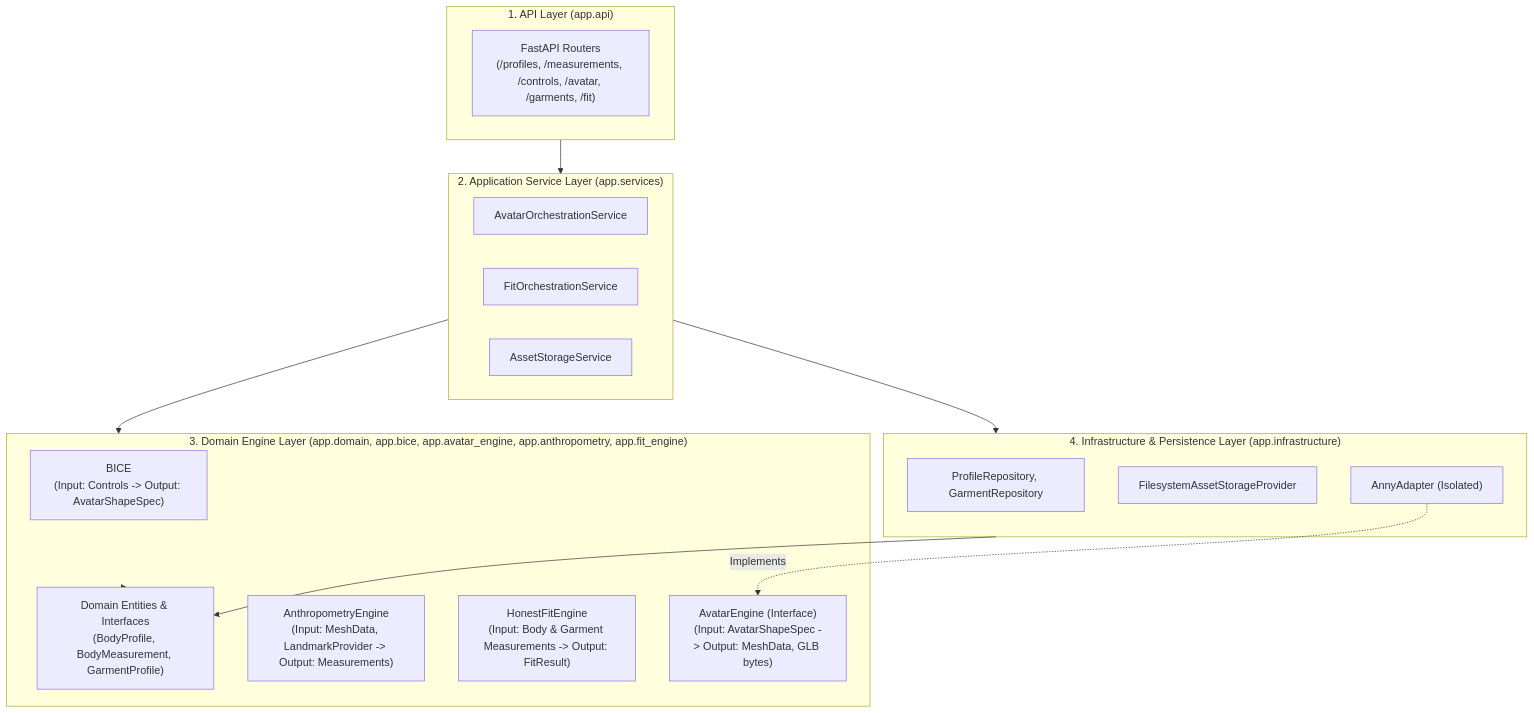
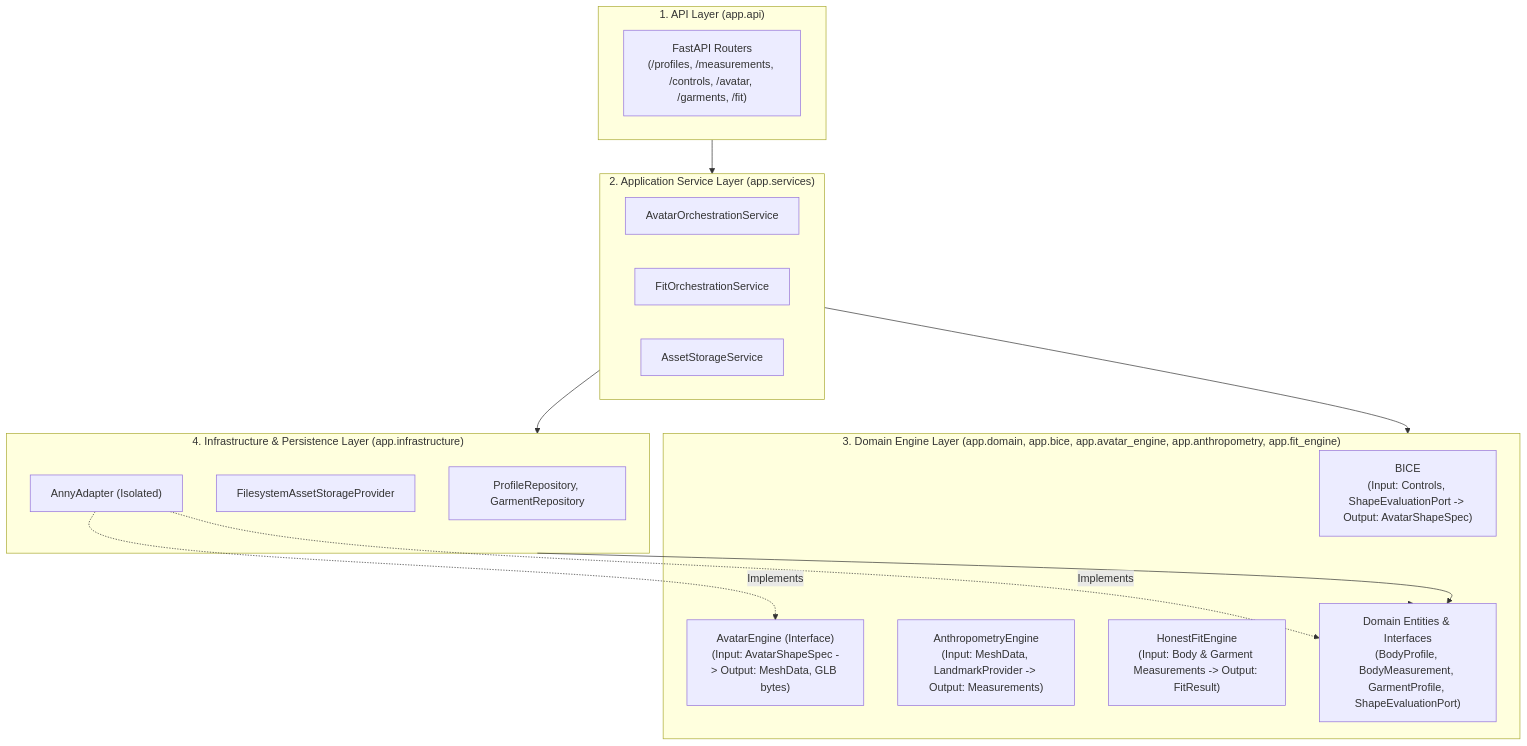
Before and after one commit to SnehaSwarnkar/WearWise: the second of 4 diagrams in WEARWISE-BODY-ENGINE/docs/architecture/SYSTEM_ARCHITECTURE.md, drawn with Mermaid. The commit also changed other lines of this file, not shown here.

Commit message:
docs(architecture): update SYSTEM_ARCHITECTURE.md with ShapeEvaluationPort and package structure (Rev 1.2)

````diff
--- a/WEARWISE-BODY-ENGINE/docs/architecture/SYSTEM_ARCHITECTURE.md
+++ b/WEARWISE-BODY-ENGINE/docs/architecture/SYSTEM_ARCHITECTURE.md
@@ -82,33 +82,34 @@
 ```mermaid
 flowchart TD
     subgraph Layer1["1. API Layer (app.api)"]
         Routers["FastAPI Routers<br>(/profiles, /measurements, /controls, /avatar, /garments, /fit)"]
     end
 
     subgraph Layer2["2. Application Service Layer (app.services)"]
         AvatarOrch["AvatarOrchestrationService"]
         FitOrch["FitOrchestrationService"]
         StorageSvc["AssetStorageService"]
     end
 
     subgraph Layer3["3. Domain Engine Layer (app.domain, app.bice, app.avatar_engine, app.anthropometry, app.fit_engine)"]
-        BICE["BICE<br>(Input: Controls -> Output: AvatarShapeSpec)"]
+        BICE["BICE<br>(Input: Controls, ShapeEvaluationPort -> Output: AvatarShapeSpec)"]
         AvatarEngine["AvatarEngine (Interface)<br>(Input: AvatarShapeSpec -> Output: MeshData, GLB bytes)"]
         Anthro["AnthropometryEngine<br>(Input: MeshData, LandmarkProvider -> Output: Measurements)"]
         FitEngine["HonestFitEngine<br>(Input: Body & Garment Measurements -> Output: FitResult)"]
-        DomainContracts["Domain Entities & Interfaces<br>(BodyProfile, BodyMeasurement, GarmentProfile)"]
+        DomainContracts["Domain Entities & Interfaces<br>(BodyProfile, BodyMeasurement, GarmentProfile, ShapeEvaluationPort)"]
     end
 
     subgraph Layer4["4. Infrastructure & Persistence Layer (app.infrastructure)"]
         Repositories["ProfileRepository, GarmentRepository"]
         DiskStorage["FilesystemAssetStorageProvider"]
         Adapters["AnnyAdapter (Isolated)"]
     end
 
     Layer1 --> Layer2
     Layer2 --> Layer3
     Layer2 --> Layer4
     Layer3 --> DomainContracts
     Layer4 --> DomainContracts
     Adapters -.->|Implements| AvatarEngine
+    Adapters -.->|Implements| DomainContracts
 ```
````
